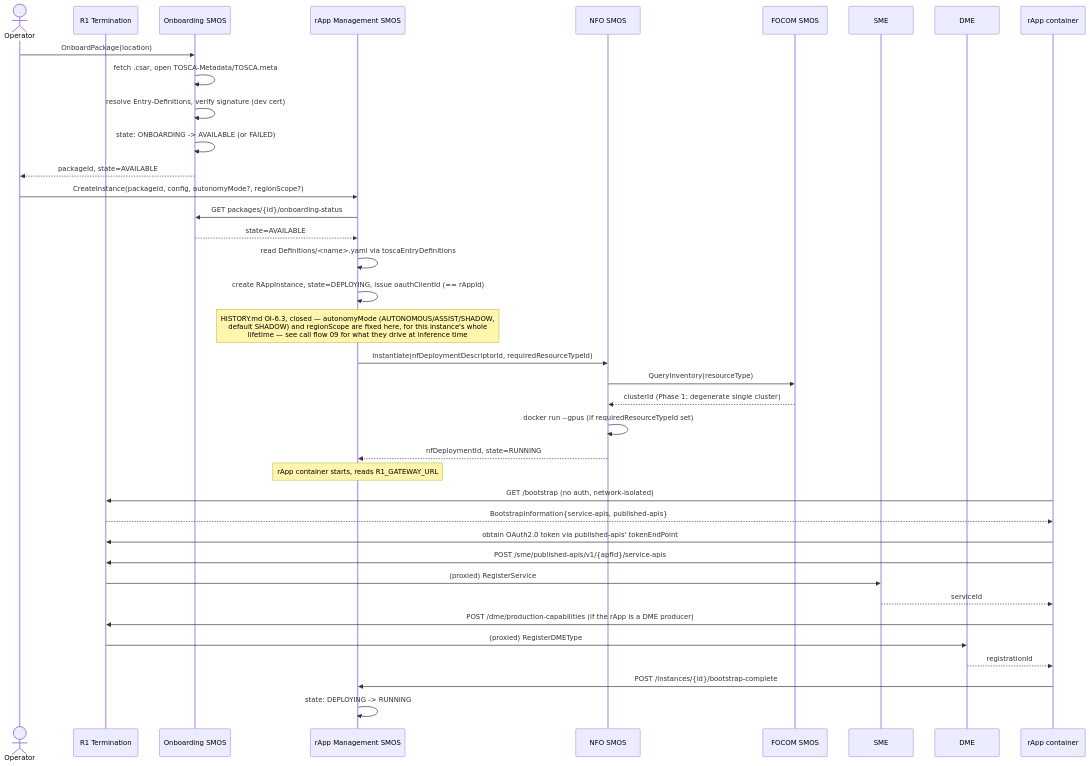
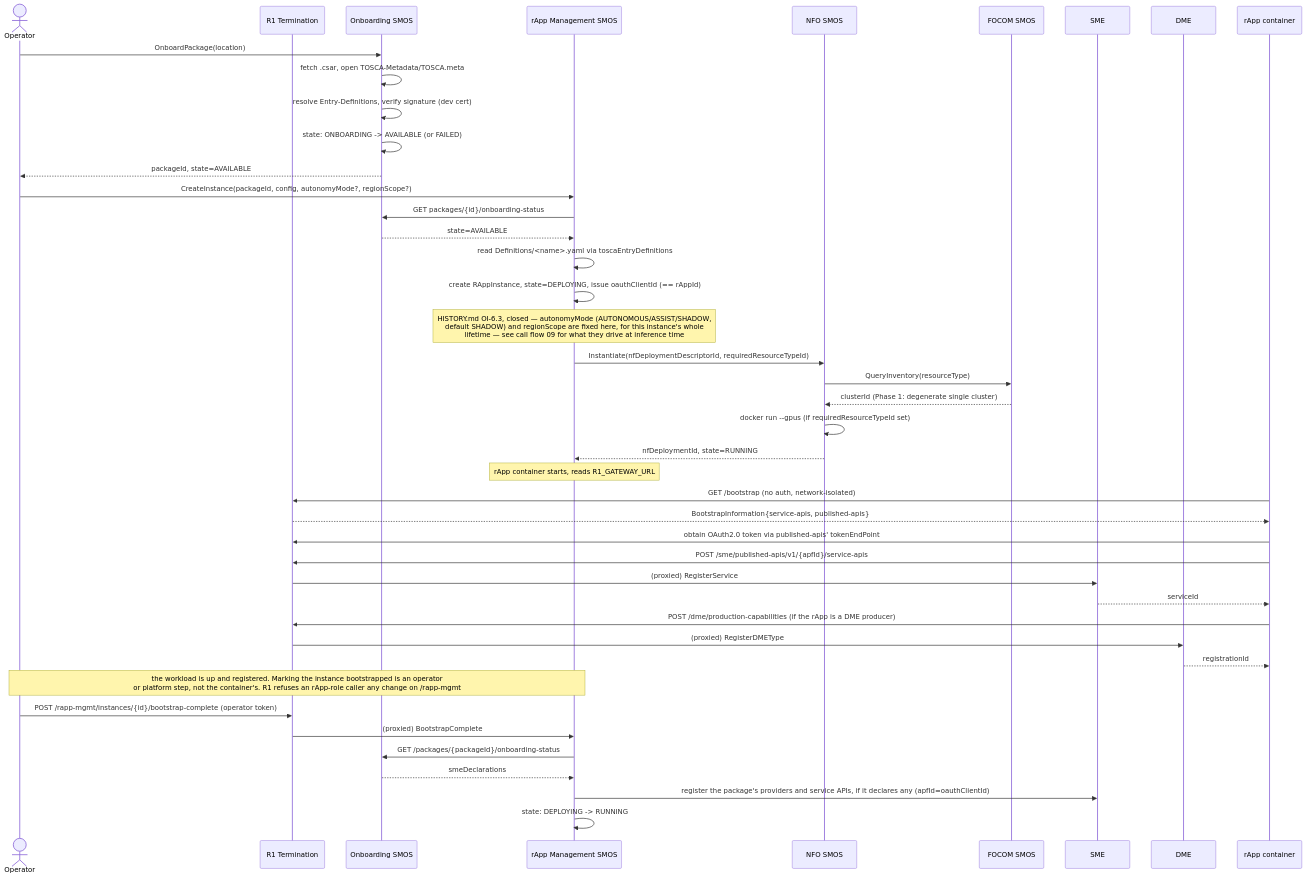
One commit to rsys-bshankar/ai-ran-ref changed the diagram in smo/docs/call-flows/01-rapp-onboarding-to-deployment.md. Above: the diagram before and after it, drawn with Mermaid. The commit also changed other lines of this file and 5 other files, not shown here.

First line of the commit message:
tx-muting-rapp: the operator or platform sends bootstrap-complete, not the rApp; correct the call flows

````diff
--- a/smo/docs/call-flows/01-rapp-onboarding-to-deployment.md
+++ b/smo/docs/call-flows/01-rapp-onboarding-to-deployment.md
@@ -10,47 +12,52 @@
 ```mermaid
 sequenceDiagram
     actor Operator
     participant R1 as R1 Termination
     participant Onb as Onboarding SMOS
     participant Rapp as rApp Management SMOS
     participant NFO as NFO SMOS
     participant Focom as FOCOM SMOS
     participant SME as SME
     participant DME as DME
 
     Operator->>Onb: OnboardPackage(location)
     Onb->>Onb: fetch .csar, open TOSCA-Metadata/TOSCA.meta
     Onb->>Onb: resolve Entry-Definitions, verify signature (dev cert)
     Onb->>Onb: state: ONBOARDING -> AVAILABLE (or FAILED)
     Onb-->>Operator: packageId, state=AVAILABLE
 
     Operator->>Rapp: CreateInstance(packageId, config, autonomyMode?, regionScope?)
     Rapp->>Onb: GET packages/{id}/onboarding-status
     Onb-->>Rapp: state=AVAILABLE
     Rapp->>Rapp: read Definitions/<name>.yaml via toscaEntryDefinitions
     Rapp->>Rapp: create RAppInstance, state=DEPLOYING, issue oauthClientId (== rAppId)
     Note over Rapp: HISTORY.md OI-6.3, closed — autonomyMode (AUTONOMOUS/ASSIST/SHADOW,<br/>default SHADOW) and regionScope are fixed here, for this instance's whole<br/>lifetime — see call flow 09 for what they drive at inference time
 
     Rapp->>NFO: Instantiate(nfDeploymentDescriptorId, requiredResourceTypeId)
     NFO->>Focom: QueryInventory(resourceType)
     Focom-->>NFO: clusterId (Phase 1: degenerate single cluster)
     NFO->>NFO: docker run --gpus (if requiredResourceTypeId set)
     NFO-->>Rapp: nfDeploymentId, state=RUNNING
 
     Note over Rapp: rApp container starts, reads R1_GATEWAY_URL
 
     participant Container as rApp container
     Container->>R1: GET /bootstrap (no auth, network-isolated)
     R1-->>Container: BootstrapInformation{service-apis, published-apis}
     Container->>R1: obtain OAuth2.0 token via published-apis' tokenEndPoint
     Container->>R1: POST /sme/published-apis/v1/{apfId}/service-apis
     R1->>SME: (proxied) RegisterService
     SME-->>Container: serviceId
 
     Container->>R1: POST /dme/production-capabilities (if the rApp is a DME producer)
     R1->>DME: (proxied) RegisterDMEType
     DME-->>Container: registrationId
 
-    Container->>Rapp: POST /instances/{id}/bootstrap-complete
+    Note over Operator,Rapp: the workload is up and registered. Marking the instance bootstrapped is an operator<br/>or platform step, not the container's. R1 refuses an rApp-role caller any change on /rapp-mgmt
+    Operator->>R1: POST /rapp-mgmt/instances/{id}/bootstrap-complete (operator token)
+    R1->>Rapp: (proxied) BootstrapComplete
+    Rapp->>Onb: GET /packages/{packageId}/onboarding-status
+    Onb-->>Rapp: smeDeclarations
+    Rapp->>SME: register the package's providers and service APIs, if it declares any (apfId=oauthClientId)
     Rapp->>Rapp: state: DEPLOYING -> RUNNING
 ```
````
